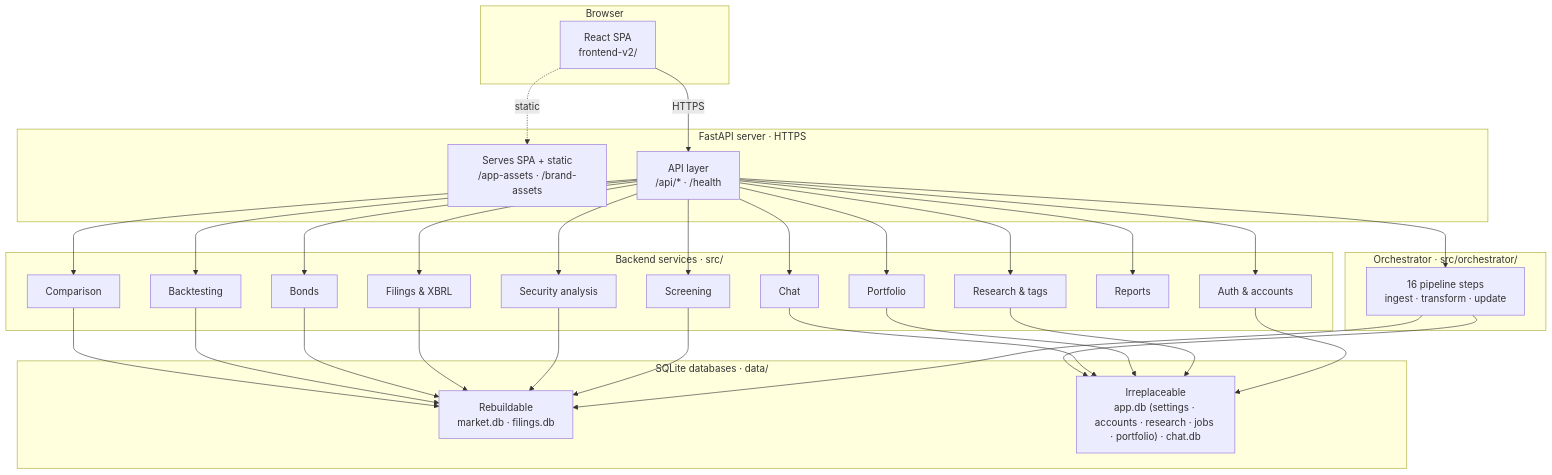
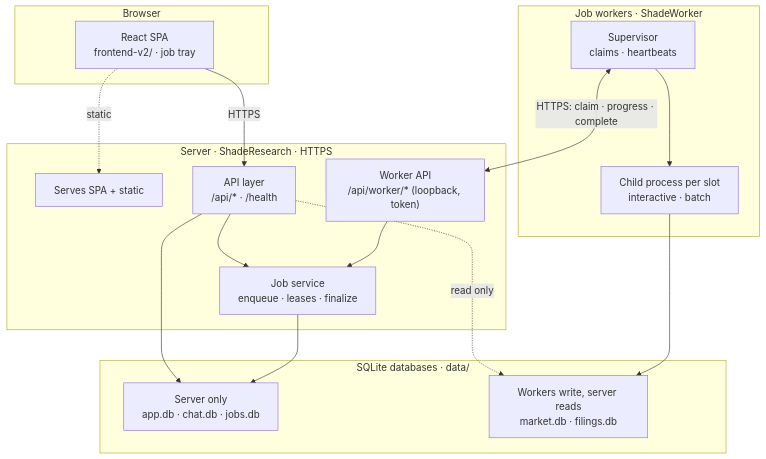
Before and after one commit to TiagoDeMatosDias/EDINET: the diagram in Readme.md, drawn with Mermaid. The commit also changed other lines of this file and 174 other files, not shown here.

First line of the commit message:
Add unit tests for worker overrides, pipeline handler, supervisor, and fake server

````diff
--- a/Readme.md
+++ b/Readme.md
@@ -11,61 +17,34 @@
 ```mermaid
 flowchart TB
     subgraph Browser["Browser"]
-        SPA["React SPA<br/>frontend-v2/"]
+        SPA["React SPA<br/>frontend-v2/ · job tray"]
     end
 
-    subgraph Server["FastAPI server · HTTPS"]
-        SERVE["Serves SPA + static<br/>/app-assets · /brand-assets"]
+    subgraph Server["Server · ShadeResearch · HTTPS"]
+        SERVE["Serves SPA + static"]
         API["API layer<br/>/api/* · /health"]
+        JOBS["Job service<br/>enqueue · leases · finalize"]
+        WAPI["Worker API<br/>/api/worker/* (loopback, token)"]
     end
 
-    subgraph Services["Backend services · src/"]
-        AUTH["Auth & accounts"]
-        SCREEN["Screening"]
-        SEC["Security analysis"]
-        FIL["Filings & XBRL"]
-        COMP["Comparison"]
-        PORT["Portfolio"]
-        RES["Research & tags"]
-        BONDS["Bonds"]
-        BT["Backtesting"]
-        REP["Reports"]
-        CHAT["Chat"]
-    end
-
-    subgraph Pipeline["Orchestrator · src/orchestrator/"]
-        ORCH["16 pipeline steps<br/>ingest · transform · update"]
+    subgraph Workers["Job workers · ShadeWorker"]
+        SUP["Supervisor<br/>claims · heartbeats"]
+        CHILD["Child process per slot<br/>interactive · batch"]
     end
 
     subgraph Data["SQLite databases · data/"]
-        REBUILD["Rebuildable<br/>market.db · filings.db"]
-        STATE["Irreplaceable<br/>app.db (settings · accounts · research · jobs · portfolio) · chat.db"]
+        STATE["Server only<br/>app.db · chat.db · jobs.db"]
+        REBUILD["Workers write, server reads<br/>market.db · filings.db"]
     end
 
     SPA -->|"HTTPS"| API
     SPA -.->|"static"| SERVE
-    API --> AUTH
-    API --> SCREEN
-    API --> SEC
-    API --> FIL
-    API --> COMP
-    API --> PORT
-    API --> RES
-    API --> BONDS
-    API --> BT
-    API --> REP
-    API --> CHAT
-    API --> ORCH
-    ORCH --> REBUILD
-    SCREEN --> REBUILD
-    SEC --> REBUILD
-    FIL --> REBUILD
-    BONDS --> REBUILD
-    BT --> REBUILD
-    COMP --> REBUILD
-    AUTH --> STATE
-    RES --> STATE
-    PORT --> STATE
-    CHAT --> STATE
-    ORCH --> STATE
+    API --> JOBS
+    API --> STATE
+    API -.->|"read only"| REBUILD
+    JOBS --> STATE
+    SUP <-->|"HTTPS: claim · progress · complete"| WAPI
+    WAPI --> JOBS
+    SUP --> CHILD
+    CHILD --> REBUILD
 ```
````
